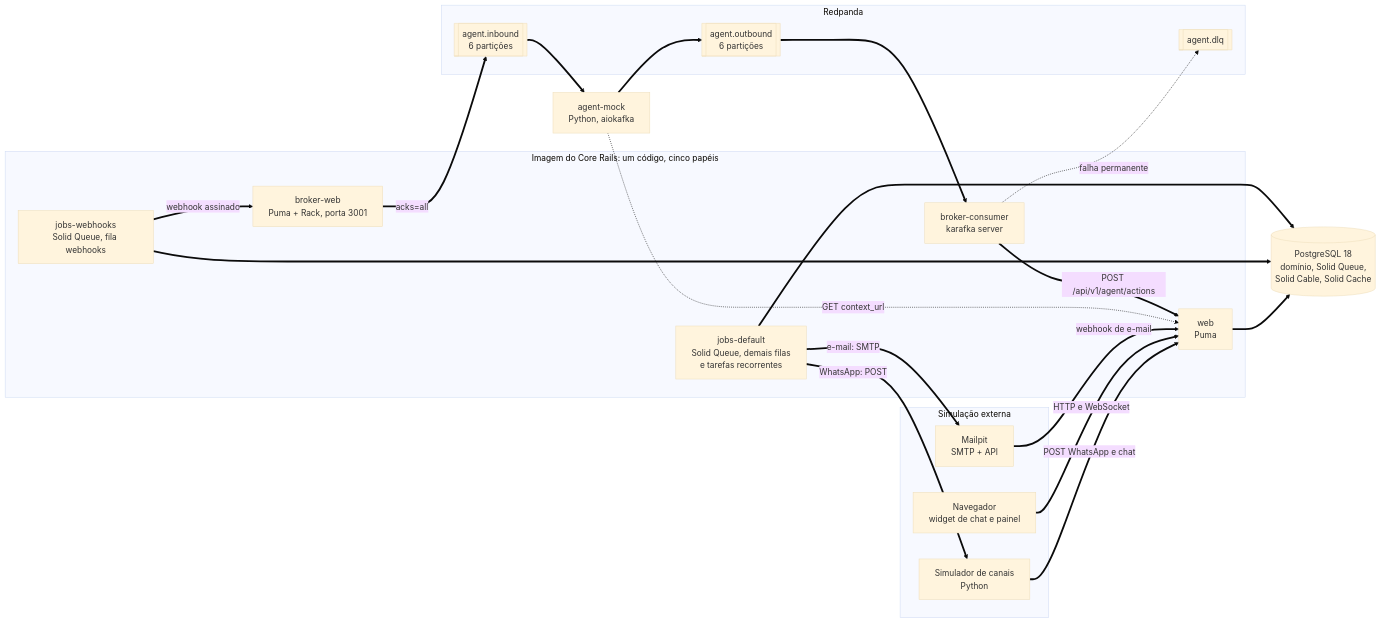
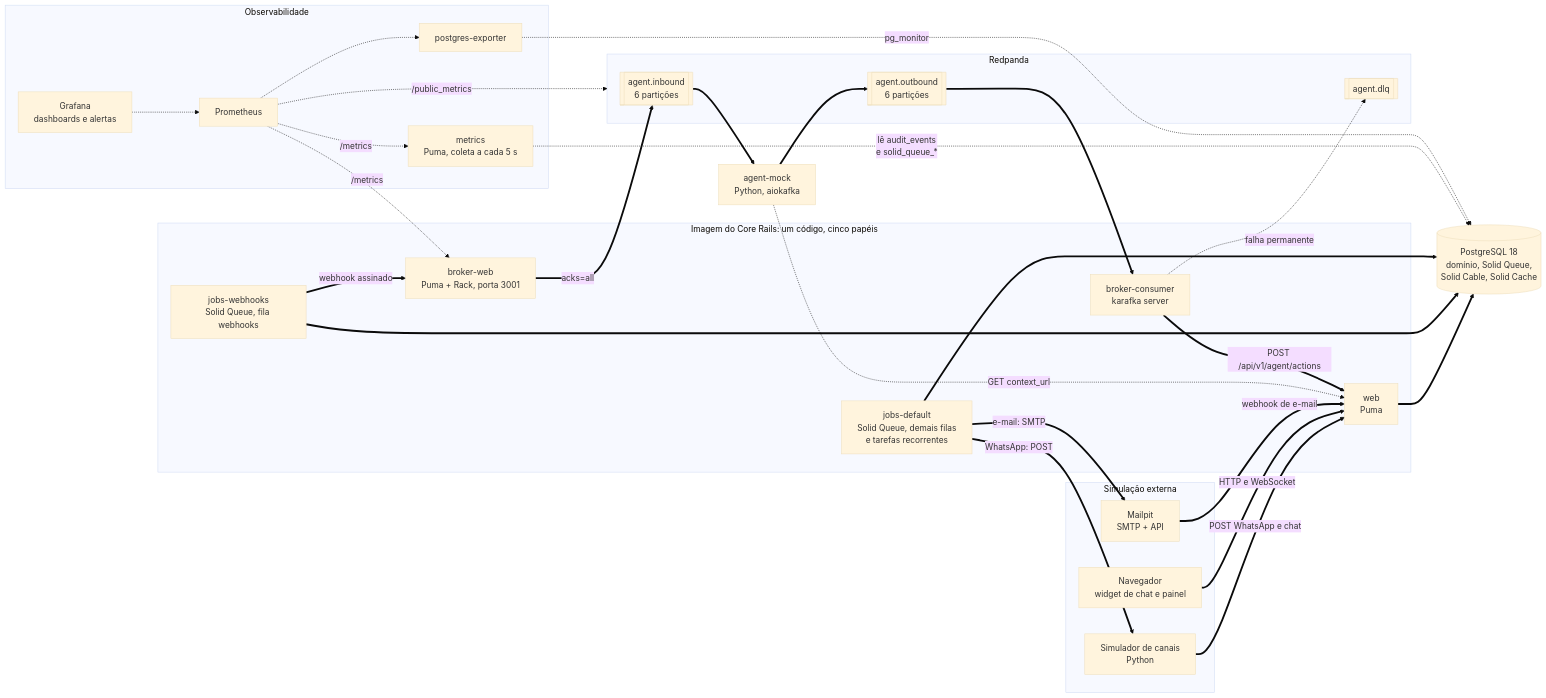
Before and after one commit to lcordeirokopke/Cloudesk: the second of 24 diagrams in documents/arquitetura.md, drawn with Mermaid (base theme). The commit also changed other lines of this file and 49 other files, not shown here.

````diff
--- a/documents/arquitetura.md
+++ b/documents/arquitetura.md
@@ -117,46 +117,61 @@
 ```mermaid
 flowchart LR
     subgraph EXT["Simulação externa"]
         SIM["Simulador de canais<br/>Python"]
         MP["Mailpit<br/>SMTP + API"]
         NAV["Navegador<br/>widget de chat e painel"]
     end
 
     subgraph IMG["Imagem do Core Rails: um código, cinco papéis"]
         WEB["web<br/>Puma"]
         JW["jobs-webhooks<br/>Solid Queue, fila webhooks"]
         JD["jobs-default<br/>Solid Queue, demais filas<br/>e tarefas recorrentes"]
         BW["broker-web<br/>Puma + Rack, porta 3001"]
         BC["broker-consumer<br/>karafka server"]
     end
 
     PG[("PostgreSQL 18<br/>domínio, Solid Queue,<br/>Solid Cable, Solid Cache")]
 
     subgraph RP["Redpanda"]
         TIN[["agent.inbound<br/>6 partições"]]
         TOUT[["agent.outbound<br/>6 partições"]]
         TDLQ[["agent.dlq"]]
     end
 
     AG["agent-mock<br/>Python, aiokafka"]
 
     SIM ==>|"POST WhatsApp e chat"| WEB
     NAV ==>|"HTTP e WebSocket"| WEB
     MP ==>|"webhook de e-mail"| WEB
 
     WEB ==> PG
     JW ==> PG
     JD ==> PG
 
     JW ==>|"webhook assinado"| BW
     BW ==>|"acks=all"| TIN
     TIN ==> AG
     AG -.->|"GET context_url"| WEB
     AG ==> TOUT
     TOUT ==> BC
     BC ==>|"POST /api/v1/agent/actions"| WEB
     BC -.->|"falha permanente"| TDLQ
 
     JD ==>|"WhatsApp: POST"| SIM
     JD ==>|"e-mail: SMTP"| MP
+
+    subgraph OBS["Observabilidade"]
+        MET["metrics<br/>Puma, coleta a cada 5 s"]
+        PEX["postgres-exporter"]
+        PROM["Prometheus"]
+        GRAF["Grafana<br/>dashboards e alertas"]
+    end
+
+    MET -.->|"lê audit_events<br/>e solid_queue_*"| PG
+    PEX -.->|"pg_monitor"| PG
+    PROM -.->|"/metrics"| MET
+    PROM -.->|"/metrics"| BW
+    PROM -.->|"/public_metrics"| RP
+    PROM -.-> PEX
+    GRAF -.-> PROM
 ```
````
